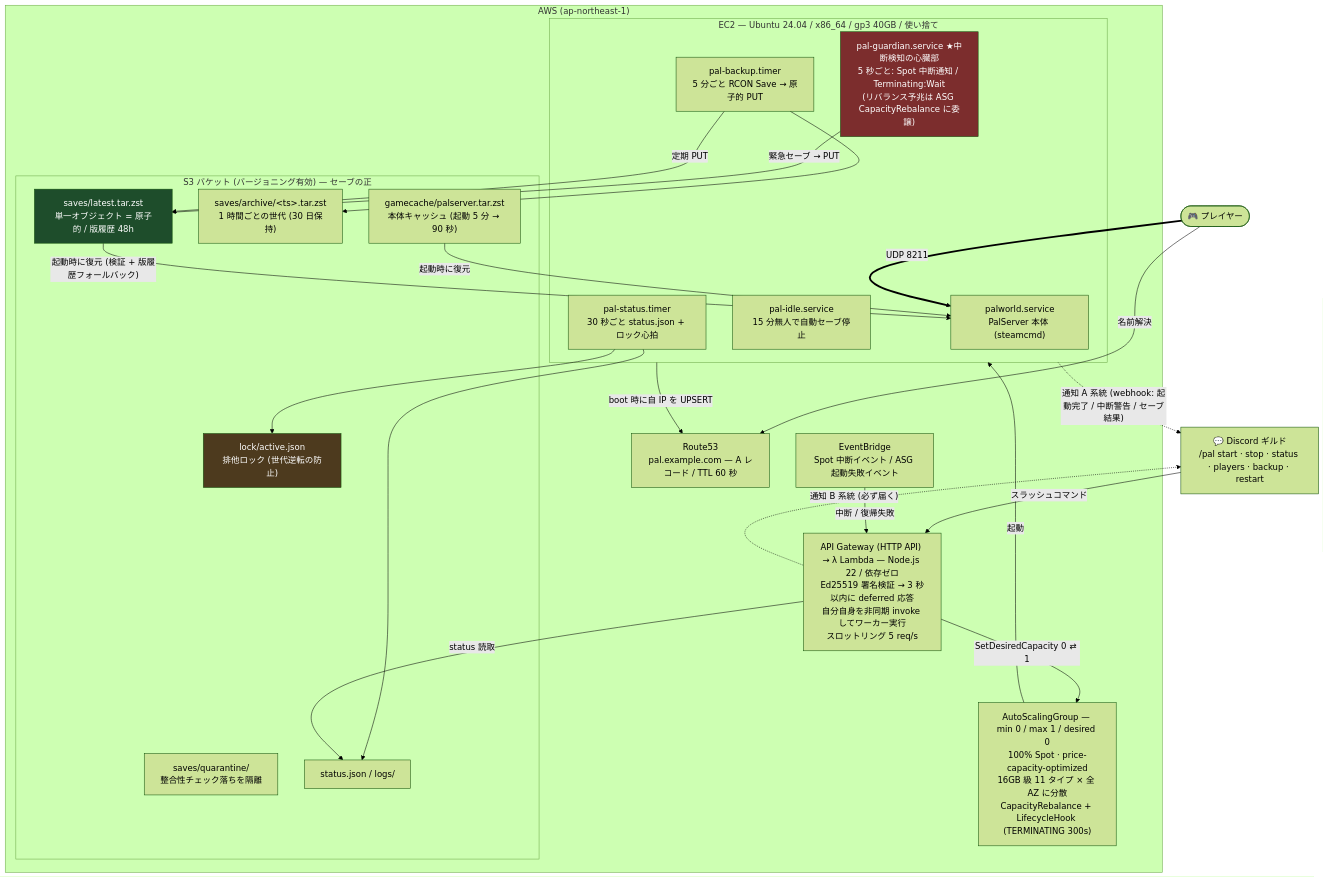
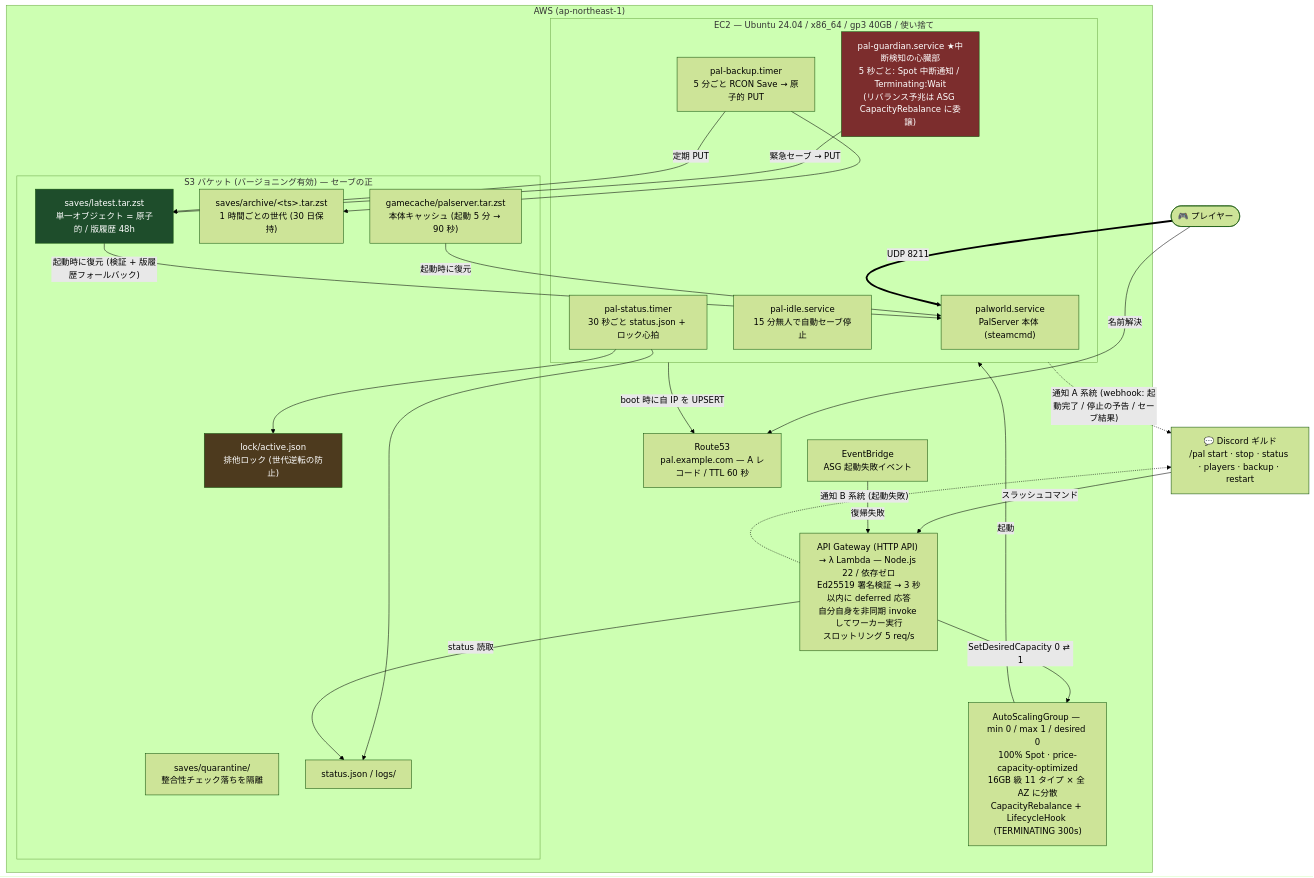
One commit to azarasi1226/palworld-server changed the diagram in DESIGN.md. Above: the diagram before and after it, drawn with Mermaid (forest theme). The commit also changed other lines of this file and 5 other files, not shown here.

````diff
--- a/DESIGN.md
+++ b/DESIGN.md
@@ -39,51 +39,51 @@
 ```mermaid
 flowchart TB
     player(["🎮 プレイヤー"])
     discord["💬 Discord ギルド<br>/pal start · stop · status · players · backup · restart"]
 
     subgraph aws["AWS (ap-northeast-1)"]
         lambda["API Gateway (HTTP API) → λ Lambda — Node.js 22 / 依存ゼロ<br>Ed25519 署名検証 → 3 秒以内に deferred 応答<br>自分自身を非同期 invoke してワーカー実行<br>スロットリング 5 req/s"]
-        eb["EventBridge<br>Spot 中断イベント / ASG 起動失敗イベント"]
+        eb["EventBridge<br>ASG 起動失敗イベント"]
         asg["AutoScalingGroup — min 0 / max 1 / desired 0<br>100% Spot · price-capacity-optimized<br>16GB 級 11 タイプ × 全 AZ に分散<br>CapacityRebalance + LifecycleHook (TERMINATING 300s)"]
         r53["Route53<br>pal.example.com — A レコード / TTL 60 秒"]
 
         subgraph ec2["EC2 — Ubuntu 24.04 / x86_64 / gp3 40GB / 使い捨て"]
             pal["palworld.service<br>PalServer 本体 (steamcmd)"]
             guardian["pal-guardian.service ★中断検知の心臓部<br>5 秒ごと: Spot 中断通知 / Terminating:Wait<br>(リバランス予兆は ASG CapacityRebalance に委譲)"]
             backupt["pal-backup.timer<br>5 分ごと RCON Save → 原子的 PUT"]
             idle["pal-idle.service<br>15 分無人で自動セーブ停止"]
             statust["pal-status.timer<br>30 秒ごと status.json + ロック心拍"]
         end
 
         subgraph s3["S3 バケット (バージョニング有効) — セーブの正"]
             latest["saves/latest.tar.zst<br>単一オブジェクト = 原子的 / 版履歴 48h"]
             archive["saves/archive/&lt;ts&gt;.tar.zst<br>1 時間ごとの世代 (30 日保持)"]
             quarantine["saves/quarantine/<br>整合性チェック落ちを隔離"]
             lock["lock/active.json<br>排他ロック (世代逆転の防止)"]
             cache["gamecache/palserver.tar.zst<br>本体キャッシュ (起動 5 分 → 90 秒)"]
             statusj["status.json / logs/"]
         end
     end
 
     discord -- "スラッシュコマンド" --> lambda
     lambda -- "SetDesiredCapacity 0 ⇄ 1" --> asg
-    eb -- "中断 / 復帰失敗" --> lambda
-    lambda -. "通知 B 系統 (必ず届く)" .-> discord
+    eb -- "復帰失敗" --> lambda
+    lambda -. "通知 B 系統 (起動失敗)" .-> discord
     asg -- "起動" --> ec2
     ec2 -- "boot 時に自 IP を UPSERT" --> r53
     player -- "名前解決" --> r53
     player == "UDP 8211" ==> pal
     guardian -- "緊急セーブ → PUT" --> latest
     backupt -- "定期 PUT" --> latest
     backupt --> archive
     statust --> statusj
     statust --> lock
-    ec2 -. "通知 A 系統 (webhook: 起動完了 / 中断警告 / セーブ結果)" .-> discord
+    ec2 -. "通知 A 系統 (webhook: 起動完了 / 停止の予告 / セーブ結果)" .-> discord
     lambda -- "status 読取" --> statusj
     cache -- "起動時に復元" --> pal
     latest -- "起動時に復元 (検証 + 版履歴フォールバック)" --> pal
 
     style guardian fill:#7c2d2d,color:#fff
     style latest fill:#1e4d2b,color:#fff
     style lock fill:#4d3a1e,color:#fff
 ```
````
